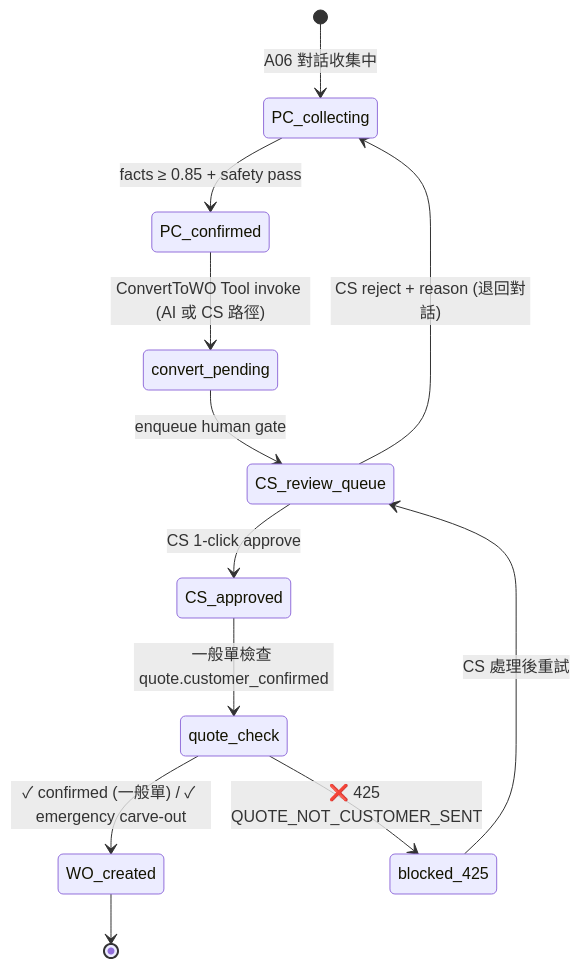
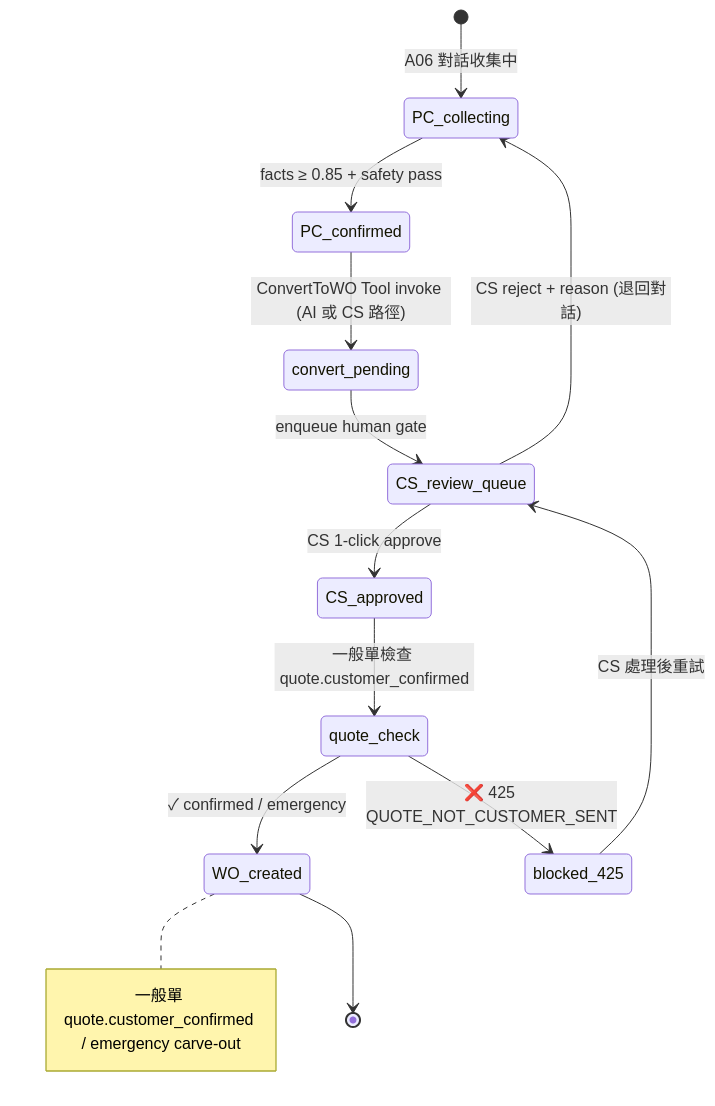
One commit to Zenobia000/chatlock_dev_docs changed the second of 2 diagrams in docs/ux/by-module/S-M04-convert-to-wo-flow.md. Above: the diagram before and after it, drawn with Mermaid. The commit also changed 115 other files, not shown here.

````diff
--- a/docs/ux/by-module/S-M04-convert-to-wo-flow.md
+++ b/docs/ux/by-module/S-M04-convert-to-wo-flow.md
@@ -82,14 +82,15 @@
 ```mermaid
 stateDiagram-v2
     [*] --> PC_collecting : A06 對話收集中
     PC_collecting --> PC_confirmed : facts ≥ 0.85 + safety pass
     PC_confirmed --> convert_pending : ConvertToWO Tool invoke (AI 或 CS 路徑)
     convert_pending --> CS_review_queue : enqueue human gate
     CS_review_queue --> CS_approved : CS 1-click approve
     CS_review_queue --> PC_collecting : CS reject + reason (退回對話)
     CS_approved --> quote_check : 一般單檢查 quote.customer_confirmed
-    quote_check --> WO_created : ✓ confirmed (一般單) / ✓ emergency carve-out
+    quote_check --> WO_created : ✓ confirmed / emergency
+    note right of WO_created : 一般單 quote.customer_confirmed / emergency carve-out
     quote_check --> blocked_425 : ❌ 425 QUOTE_NOT_CUSTOMER_SENT
     blocked_425 --> CS_review_queue : CS 處理後重試
     WO_created --> [*]
 ```
````
